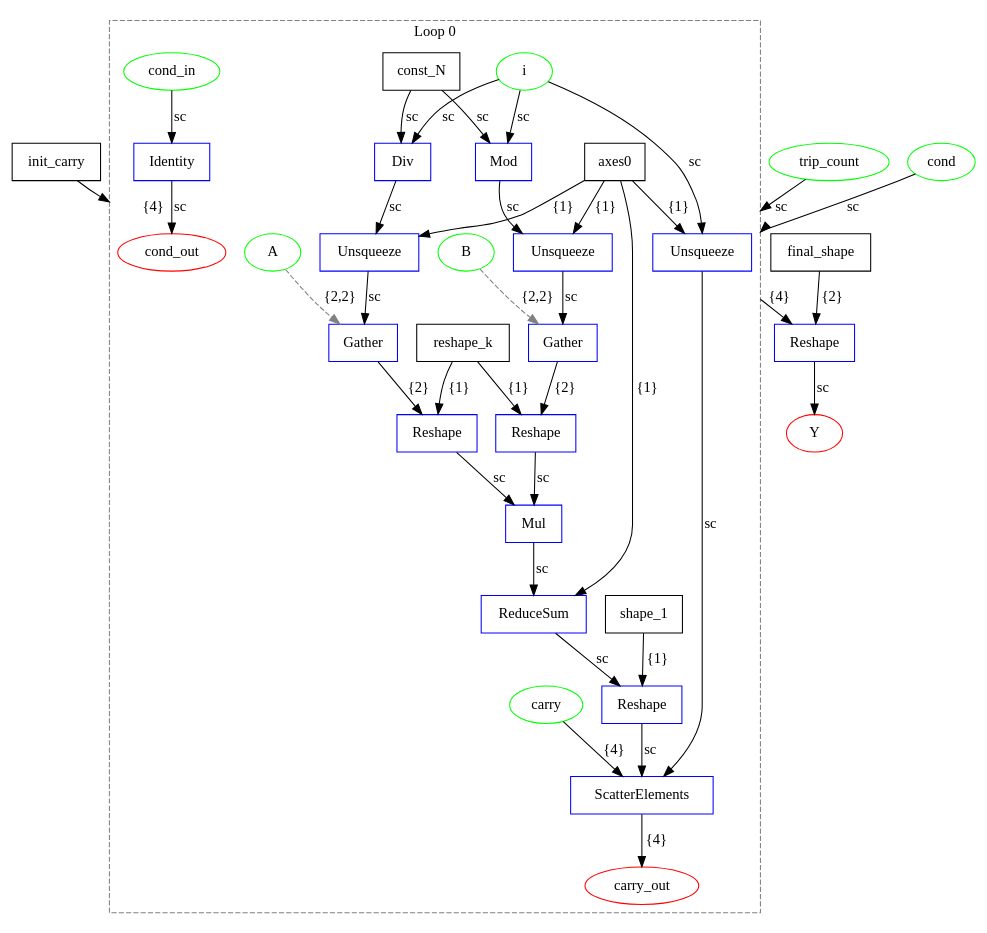
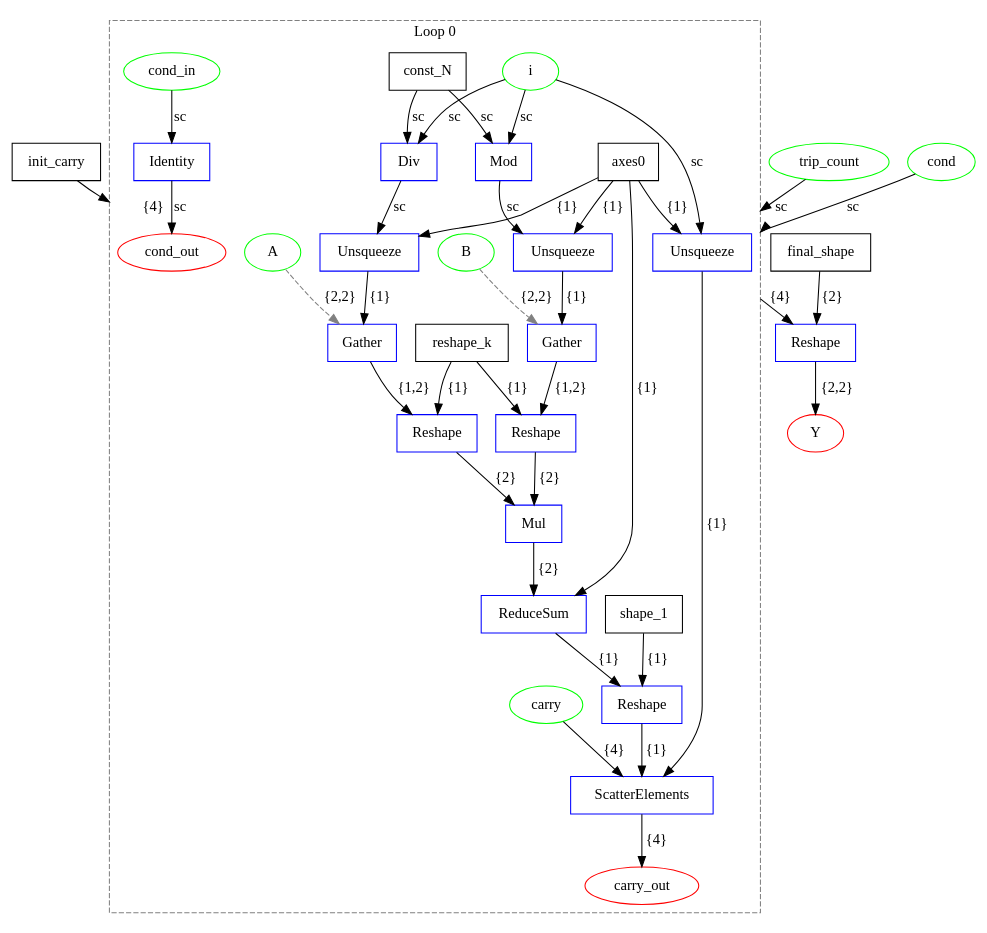
Before and after one commit to specs-feup/onnx-flow: the diagram in examples/onnx/matmul_decomposed.dot, drawn with Graphviz. The commit also changed 288 other files, not shown here.

```diff
--- a/examples/onnx/matmul_decomposed.dot
+++ b/examples/onnx/matmul_decomposed.dot
@@ -1,77 +1,77 @@
 digraph {
   graph [compound=true];
   init_carry [label=init_carry shape=box];
   final_shape [label=final_shape shape=box];
   A [label=A shape=ellipse color="#00FF00"];
   B [label=B shape=ellipse color="#00FF00"];
   trip_count [label=trip_count shape=ellipse color="#00FF00"];
   cond [label=cond shape=ellipse color="#00FF00"];
   Y [label=Y shape=ellipse color="#FF0000"];
   subgraph cluster_loop_0 {
     graph [rankdir=LR compound=true];
     loop0_const_N [label=const_N shape=box];
     loop0_axes0 [label=axes0 shape=box];
     loop0_shape_1 [label=shape_1 shape=box];
     loop0_reshape_k [label=reshape_k shape=box];
     loop0_i [label=i shape=ellipse color="#00FF00"];
     loop0_cond_in [label=cond_in shape=ellipse color="#00FF00"];
     loop0_carry [label=carry shape=ellipse color="#00FF00"];
     loop0_cond_out [label=cond_out shape=ellipse color="#FF0000"];
     loop0_carry_out [label=carry_out shape=ellipse color="#FF0000"];
     loop0_0 [label=Unsqueeze shape=box color="#0000FF"];
-    loop0_0 -> loop0_12 [label=sc];
+    loop0_0 -> loop0_12 [label="{1}"];
     loop0_1 [label=Div shape=box color="#0000FF"];
     loop0_1 -> loop0_3 [label=sc];
     loop0_2 [label=Mod shape=box color="#0000FF"];
     loop0_2 -> loop0_4 [label=sc];
     loop0_3 [label=Unsqueeze shape=box color="#0000FF"];
-    loop0_3 -> loop0_5 [label=sc];
+    loop0_3 -> loop0_5 [label="{1}"];
     loop0_4 [label=Unsqueeze shape=box color="#0000FF"];
-    loop0_4 -> loop0_7 [label=sc];
+    loop0_4 -> loop0_7 [label="{1}"];
     loop0_5 [label=Gather shape=box color="#0000FF"];
-    loop0_5 -> loop0_6 [label="{2}"];
+    loop0_5 -> loop0_6 [label="{1,2}"];
     loop0_6 [label=Reshape shape=box color="#0000FF"];
-    loop0_6 -> loop0_9 [label=sc];
+    loop0_6 -> loop0_9 [label="{2}"];
     loop0_7 [label=Gather shape=box color="#0000FF"];
-    loop0_7 -> loop0_8 [label="{2}"];
+    loop0_7 -> loop0_8 [label="{1,2}"];
     loop0_8 [label=Reshape shape=box color="#0000FF"];
-    loop0_8 -> loop0_9 [label=sc];
+    loop0_8 -> loop0_9 [label="{2}"];
     loop0_9 [label=Mul shape=box color="#0000FF"];
-    loop0_9 -> loop0_10 [label=sc];
+    loop0_9 -> loop0_10 [label="{2}"];
     loop0_10 [label=ReduceSum shape=box color="#0000FF"];
-    loop0_10 -> loop0_11 [label=sc];
+    loop0_10 -> loop0_11 [label="{1}"];
     loop0_11 [label=Reshape shape=box color="#0000FF"];
-    loop0_11 -> loop0_12 [label=sc];
+    loop0_11 -> loop0_12 [label="{1}"];
     loop0_12 [label=ScatterElements shape=box color="#0000FF"];
     loop0_13 [label=Identity shape=box color="#0000FF"];
     loop0_i -> loop0_0 [label=sc];
     loop0_axes0 -> loop0_0 [label="{1}"];
     loop0_12 -> loop0_carry_out [label="{4}"];
     loop0_i -> loop0_1 [label=sc];
     loop0_const_N -> loop0_1 [label=sc];
     loop0_i -> loop0_2 [label=sc];
     loop0_const_N -> loop0_2 [label=sc];
     loop0_axes0 -> loop0_3 [label="{1}"];
     loop0_axes0 -> loop0_4 [label="{1}"];
     loop0_reshape_k -> loop0_6 [label="{1}"];
     loop0_reshape_k -> loop0_8 [label="{1}"];
     loop0_axes0 -> loop0_10 [label="{1}"];
     loop0_shape_1 -> loop0_11 [label="{1}"];
     loop0_carry -> loop0_12 [label="{4}"];
     loop0_cond_in -> loop0_13 [label=sc];
     loop0_13 -> loop0_cond_out [label=sc];
     A -> loop0_5 [style=dashed color=gray label="{2,2}"];
     B -> loop0_7 [style=dashed color=gray label="{2,2}"];
     graph [label="Loop 0"];
     graph [style=dashed];
     graph [color=gray];
   }
 
   loop0_0 -> 1 [label="{4}" ltail=cluster_loop_0];
   1 [label=Reshape shape=box color="#0000FF"];
   trip_count -> loop0_0 [label=sc lhead=cluster_loop_0];
   cond -> loop0_0 [label=sc lhead=cluster_loop_0];
   init_carry -> loop0_0 [label="{4}" lhead=cluster_loop_0];
   final_shape -> 1 [label="{2}"];
-  1 -> Y [label=sc];
+  1 -> Y [label="{2,2}"];
 }
```
